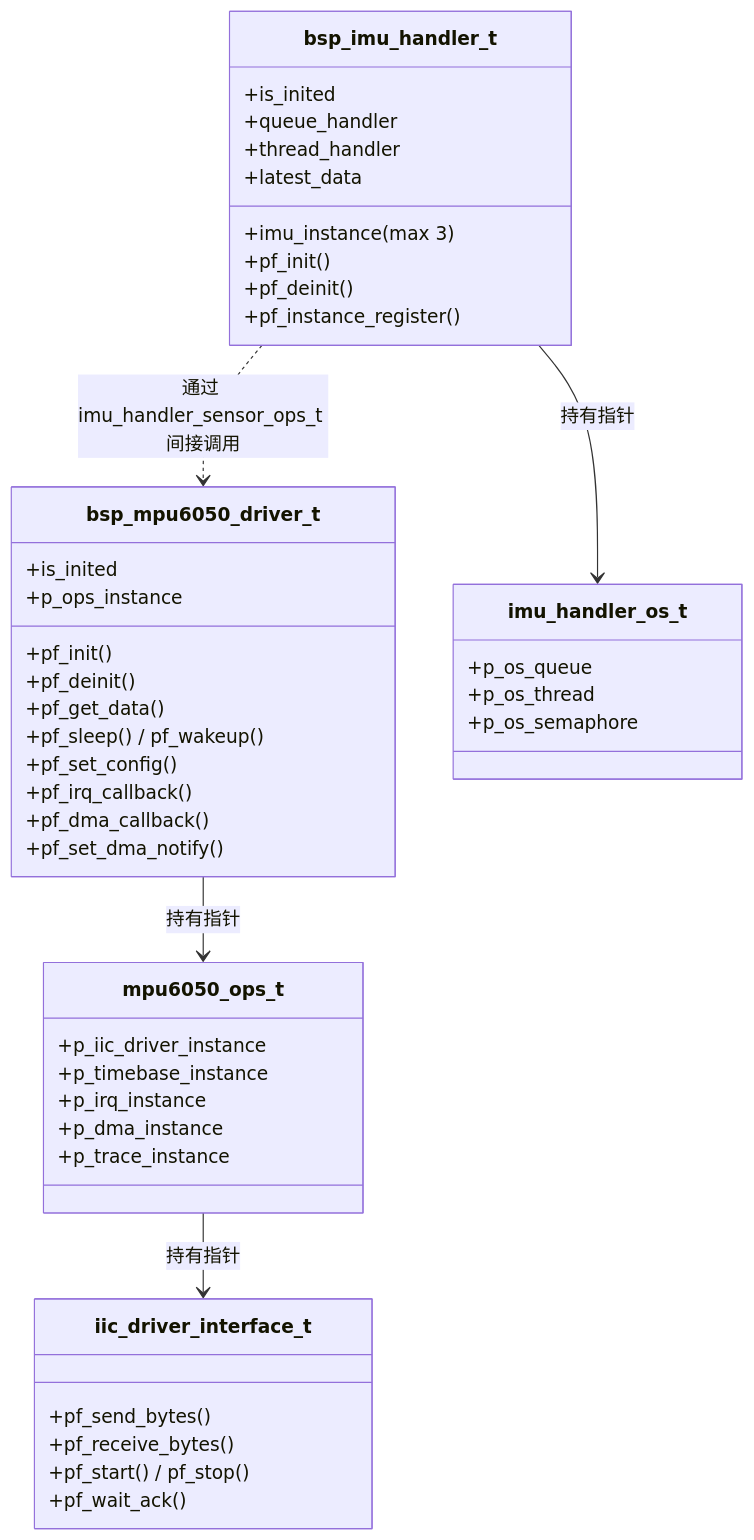
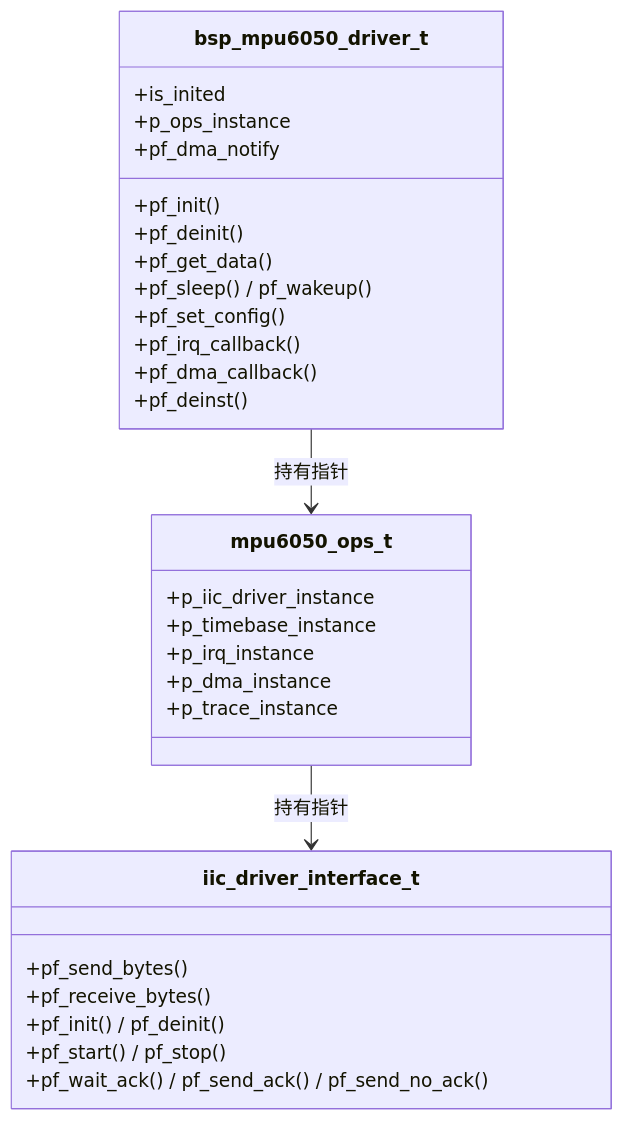
The second of 5 diagrams in 开发板/ARM架构/STM32F411CEU6/MPU6050的driver文件架构设计思路.md (shuai-yemao/Deep-In-Embedded), drawn with Mermaid before and after one commit. The commit also changed other lines of this file, not shown here.

````diff
--- a/开发板/ARM架构/STM32F411CEU6/MPU6050的driver文件架构设计思路.md
+++ b/开发板/ARM架构/STM32F411CEU6/MPU6050的driver文件架构设计思路.md
@@ -164,52 +68,35 @@
 ```mermaid
 classDiagram
     class bsp_mpu6050_driver_t {
         +is_inited
         +p_ops_instance
+        +pf_dma_notify
         +pf_init()
         +pf_deinit()
         +pf_get_data()
         +pf_sleep() / pf_wakeup()
         +pf_set_config()
         +pf_irq_callback()
         +pf_dma_callback()
-        +pf_set_dma_notify()
+        +pf_deinst()
     }
 
     class mpu6050_ops_t {
         +p_iic_driver_instance
         +p_timebase_instance
         +p_irq_instance
         +p_dma_instance
         +p_trace_instance
     }
 
     class iic_driver_interface_t {
         +pf_send_bytes()
         +pf_receive_bytes()
+        +pf_init() / pf_deinit()
         +pf_start() / pf_stop()
-        +pf_wait_ack()
-    }
-
-    class bsp_imu_handler_t {
-        +is_inited
-        +imu_instance (max 3)
-        +queue_handler
-        +thread_handler
-        +latest_data
-        +pf_init()
-        +pf_deinit()
-        +pf_instance_register()
-    }
-
-    class imu_handler_os_t {
-        +p_os_queue
-        +p_os_thread
-        +p_os_semaphore
+        +pf_wait_ack() / pf_send_ack() / pf_send_no_ack()
     }
 
     bsp_mpu6050_driver_t --> mpu6050_ops_t : 持有指针
     mpu6050_ops_t --> iic_driver_interface_t : 持有指针
-    bsp_imu_handler_t --> imu_handler_os_t : 持有指针
-    bsp_imu_handler_t ..> bsp_mpu6050_driver_t : 通过 imu_handler_sensor_ops_t 间接调用
 ```
````
